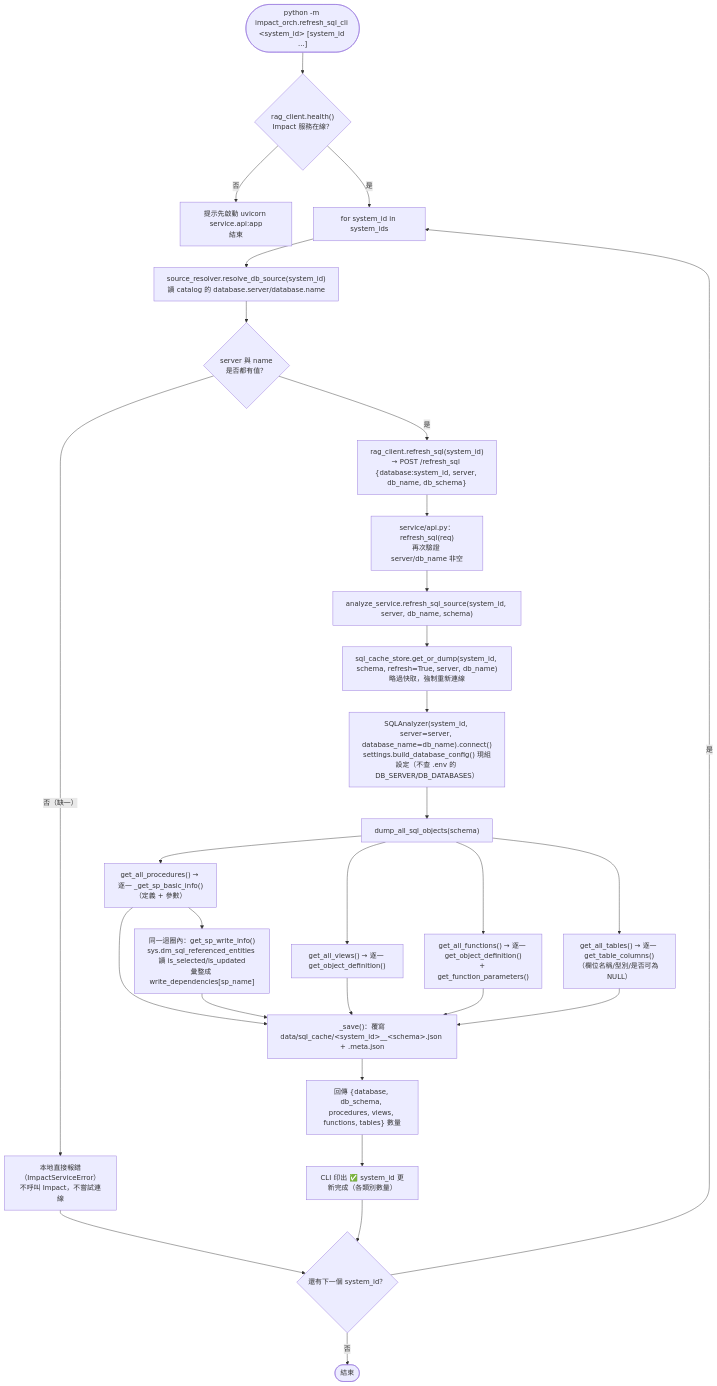
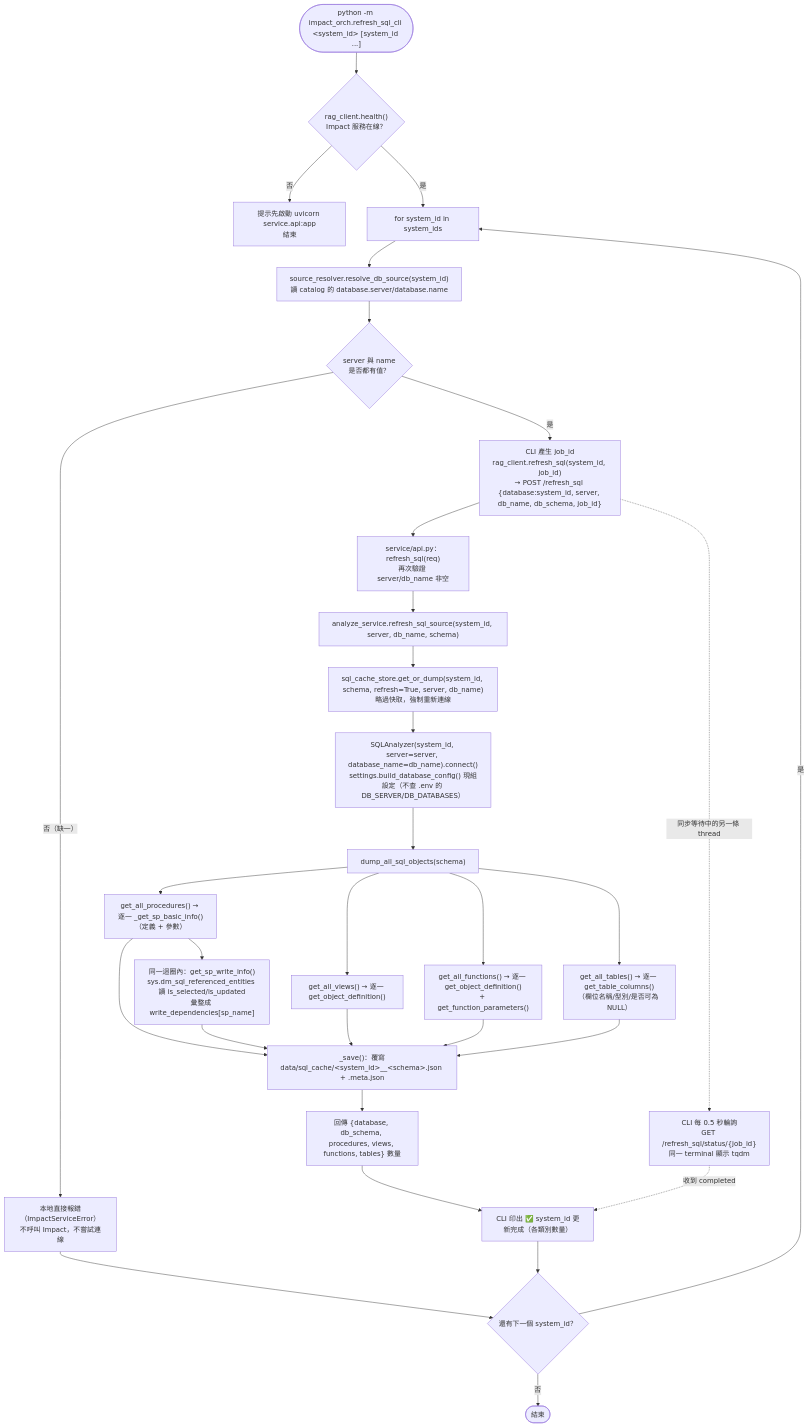
The fifth of 10 diagrams in docs/流程圖.md (vy088772/Impact_analysis_system), drawn with Mermaid before and after one commit. The commit also changed 8 other files, not shown here.

First line of the commit message:
feat(progress): add job progress tracking for SQL cache refresh

````diff
--- a/docs/流程圖.md
+++ b/docs/流程圖.md
@@ -289,37 +289,39 @@
 ```mermaid
 flowchart TD
     Start(["python -m impact_orch.refresh_sql_cli &lt;system_id&gt; [system_id ...]"]) --> Health{"rag_client.health()<br/>Impact 服務在線？"}
     Health -- 否 --> Fail["提示先啟動 uvicorn service.api:app<br/>結束"]
     Health -- 是 --> Loop["for system_id in system_ids"]
 
     Loop --> Resolve["source_resolver.resolve_db_source(system_id)<br/>讀 catalog 的 database.server/database.name"]
     Resolve --> Check{"server 與 name<br/>是否都有值？"}
     Check -- 否（缺一） --> ClientErr["本地直接報錯（ImpactServiceError）<br/>不呼叫 Impact，不嘗試連線"]
     ClientErr --> NextCheck
-    Check -- 是 --> Call["rag_client.refresh_sql(system_id)<br/>→ POST /refresh_sql {database:system_id, server, db_name, db_schema}"]
+    Check -- 是 --> Call["CLI 產生 job_id<br/>rag_client.refresh_sql(system_id, job_id)<br/>→ POST /refresh_sql {database:system_id, server, db_name, db_schema, job_id}"]
+    Call -.同步等待中的另一條 thread.-> Poll["CLI 每 0.5 秒輪詢<br/>GET /refresh_sql/status/{job_id}<br/>同一 terminal 顯示 tqdm"]
 
     Call --> Api["service/api.py：refresh_sql(req)<br/>再次驗證 server/db_name 非空"]
     Api --> RS["analyze_service.refresh_sql_source(system_id, server, db_name, schema)"]
 
     RS --> Dump["sql_cache_store.get_or_dump(system_id, schema, refresh=True, server, db_name)<br/>略過快取，強制重新連線"]
     Dump --> Connect["SQLAnalyzer(system_id, server=server, database_name=db_name).connect()<br/>settings.build_database_config() 現組設定（不查 .env 的 DB_SERVER/DB_DATABASES）"]
     Connect --> DumpAll["dump_all_sql_objects(schema)"]
 
     DumpAll --> P1["get_all_procedures() → 逐一 _get_sp_basic_info()<br/>（定義 + 參數）"]
     P1 --> P1w["同一迴圈內：get_sp_write_info()<br/>sys.dm_sql_referenced_entities 讀 is_selected/is_updated<br/>彙整成 write_dependencies[sp_name]"]
     DumpAll --> P2["get_all_views() → 逐一 get_object_definition()"]
     DumpAll --> P3["get_all_functions() → 逐一 get_object_definition()<br/>+ get_function_parameters()"]
     DumpAll --> P4["get_all_tables() → 逐一 get_table_columns()<br/>（欄位名稱/型別/是否可為 NULL）"]
 
     P1 --> Save
     P1w --> Save
     P2 --> Save
     P3 --> Save
     P4 --> Save
 
     Save["_save()：覆寫<br/>data/sql_cache/&lt;system_id&gt;__&lt;schema&gt;.json + .meta.json"] --> Resp["回傳 {database, db_schema, procedures, views, functions, tables} 數量"]
     Resp --> Print["CLI 印出 ✅ system_id 更新完成（各類別數量）"]
+    Poll -.收到 completed.-> Print
     Print --> NextCheck{"還有下一個 system_id？"}
     NextCheck -- 是 --> Loop
     NextCheck -- 否 --> End(["結束"])
 ```
````
